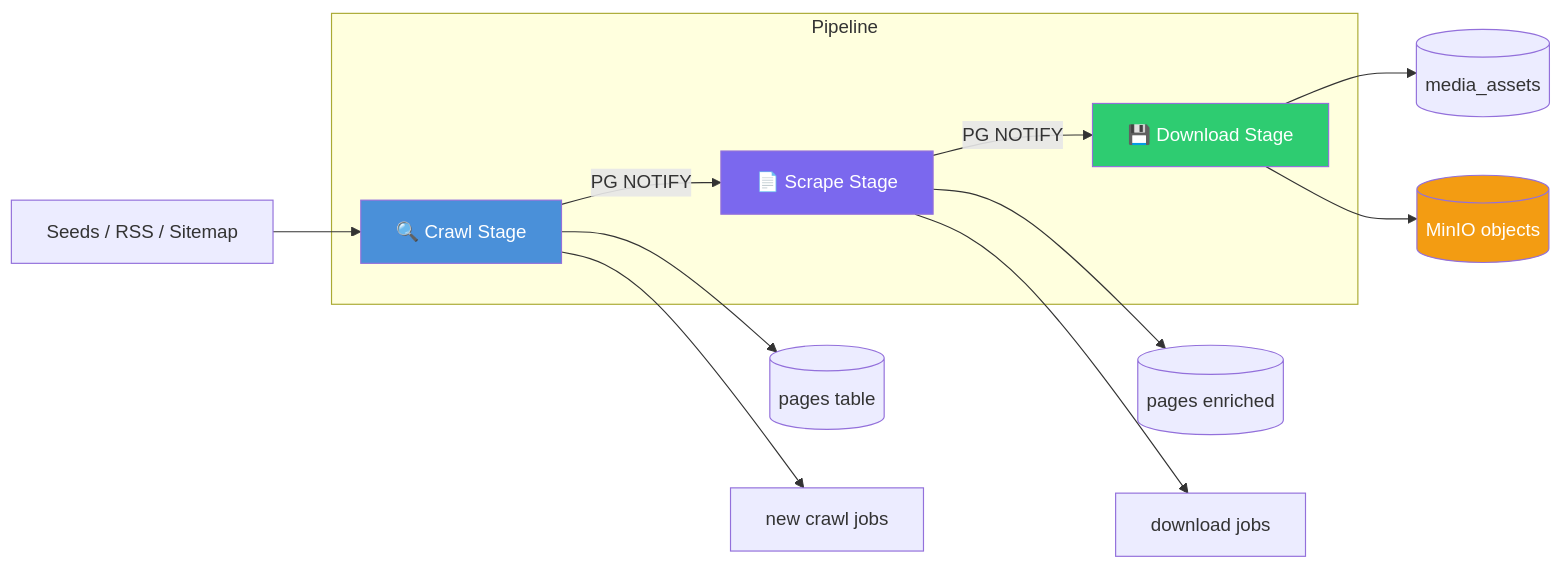
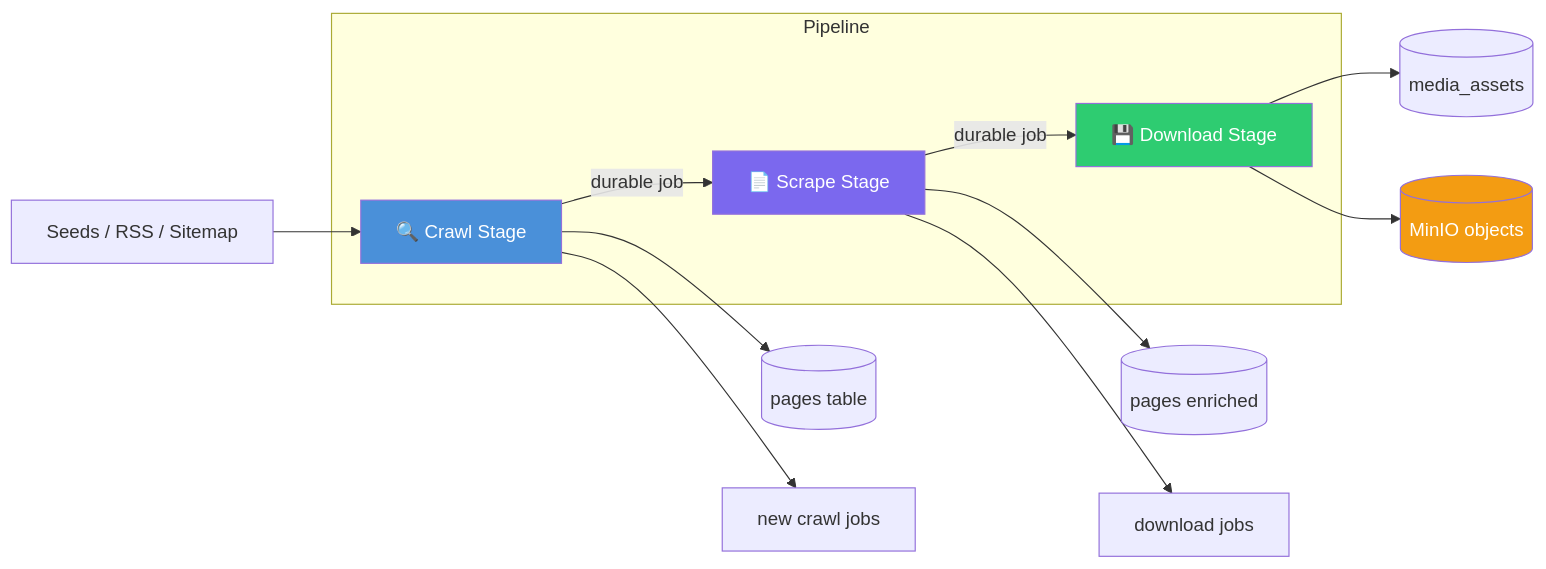
One commit to pr1m8/pyfetcher changed the first of 2 diagrams in docs/pipeline.rst. Above: the diagram before and after it, drawn with Mermaid. The commit also changed other lines of this file and 54 other files, not shown here.

```diff
--- a/docs/pipeline.rst
+++ b/docs/pipeline.rst
@@ -13,24 +13,24 @@
 .. mermaid::
 
    flowchart LR
        Seeds["Seeds / RSS / Sitemap"] --> Crawl
 
        subgraph Pipeline
            Crawl["🔍 Crawl Stage"]
            Scrape["📄 Scrape Stage"]
            Download["💾 Download Stage"]
-           Crawl -- "PG NOTIFY" --> Scrape
-           Scrape -- "PG NOTIFY" --> Download
+           Crawl -- "durable job" --> Scrape
+           Scrape -- "durable job" --> Download
        end
 
        Crawl --> Pages[(pages table)]
        Crawl --> NewJobs["new crawl jobs"]
        Scrape --> Enriched[(pages enriched)]
        Scrape --> DlJobs["download jobs"]
        Download --> Media[(media_assets)]
        Download --> MinIO[("MinIO objects")]
 
        style Crawl fill:#4A90D9,color:#fff
        style Scrape fill:#7B68EE,color:#fff
        style Download fill:#2ECC71,color:#fff
        style MinIO fill:#F39C12,color:#fff
```
